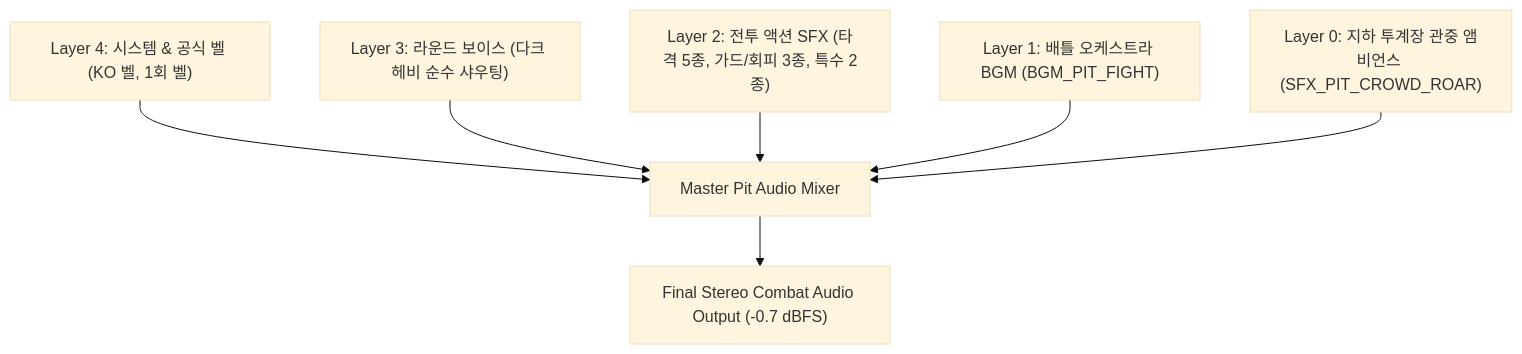
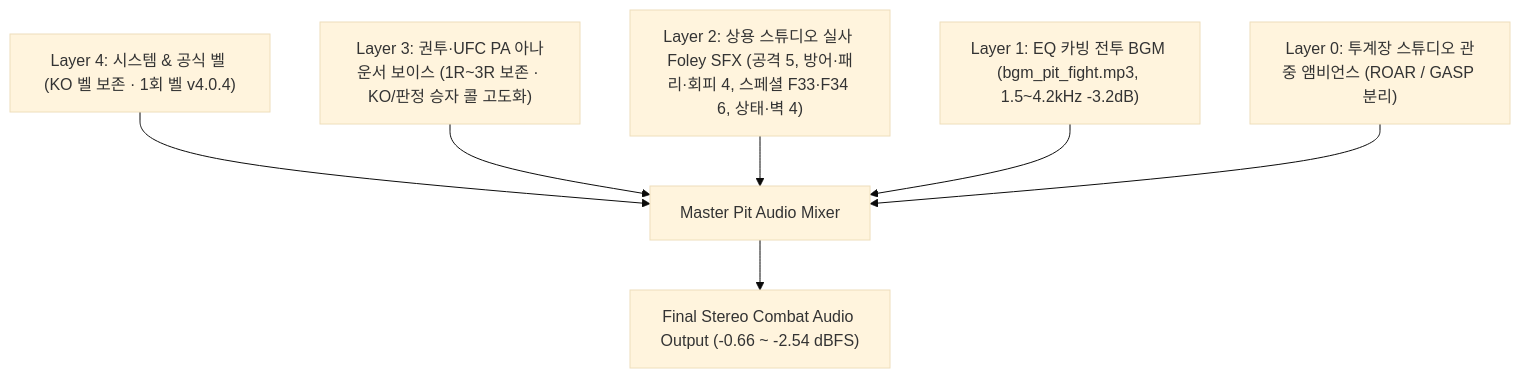
Before and after one commit to fingerfinger/rooster-rumble: the first of 3 diagrams in docs/pit/docs/Rumble Pit 인게임 사운드 구성안.md, drawn with Mermaid (base theme). The commit also changed other lines of this file and 276 other files, not shown here.

Commit message:
feat: Rumble Pit v4.0 스튜디오 실사 폴리 SFX 사운드보드 구축 및 웹보드 배포

````diff
--- a/docs/pit/docs/Rumble Pit 인게임 사운드 구성안.md
+++ b/docs/pit/docs/Rumble Pit 인게임 사운드 구성안.md
@@ -54,9 +67,9 @@
 ```mermaid
 flowchart TD
-    L4["Layer 4: 시스템 & 공식 벨 (KO 벨, 1회 벨)"] --> Mixer["Master Pit Audio Mixer"]
-    L3["Layer 3: 라운드 보이스 (다크 헤비 순수 샤우팅)"] --> Mixer
-    L2["Layer 2: 전투 액션 SFX (타격 5종, 가드/회피 3종, 특수 2종)"] --> Mixer
-    L1["Layer 1: 배틀 오케스트라 BGM (BGM_PIT_FIGHT)"] --> Mixer
-    L0["Layer 0: 지하 투계장 관중 앰비언스 (SFX_PIT_CROWD_ROAR)"] --> Mixer
-    Mixer --> Out["Final Stereo Combat Audio Output (-0.7 dBFS)"]
+    L4["Layer 4: 시스템 & 공식 벨 (KO 벨 보존 · 1회 벨 v4.0.4)"] --> Mixer["Master Pit Audio Mixer"]
+    L3["Layer 3: 권투·UFC PA 아나운서 보이스 (1R~3R 보존 · KO/판정 승자 콜 고도화)"] --> Mixer
+    L2["Layer 2: 상용 스튜디오 실사 Foley SFX (공격 5, 방어·패리·회피 4, 스페셜 F33·F34 6, 상태·벽 4)"] --> Mixer
+    L1["Layer 1: EQ 카빙 전투 BGM (bgm_pit_fight.mp3, 1.5~4.2kHz -3.2dB)"] --> Mixer
+    L0["Layer 0: 투계장 스튜디오 관중 앰비언스 (ROAR / GASP 분리)"] --> Mixer
+    Mixer --> Out["Final Stereo Combat Audio Output (-0.66 ~ -2.54 dBFS)"]
 ```
````
